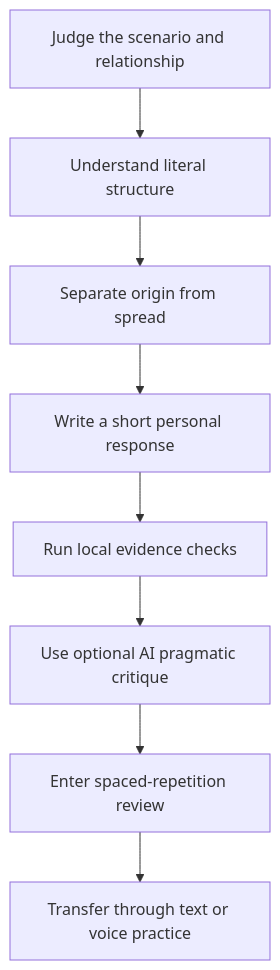
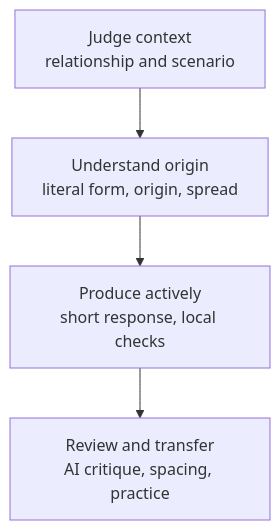
The first of 2 diagrams in README.en.md (AIALRA-0/saylo), drawn with Mermaid before and after one commit. The commit also changed other lines of this file and 2 other files, not shown here.

````diff
--- a/README.en.md
+++ b/README.en.md
@@ -83,11 +104,7 @@
 ```mermaid
 %% Start with scenario judgment and show how learning evidence reaches review and transfer
 flowchart TD
-    A[Judge the scenario and relationship] --> B[Understand literal structure]
-    B --> C[Separate origin from spread]
-    C --> D[Write a short personal response]
-    D --> E[Run local evidence checks]
-    E --> F[Use optional AI pragmatic critique]
-    F --> G[Enter spaced-repetition review]
-    G --> H[Transfer through text or voice practice]
+    A["Judge context<br/>relationship and scenario"] --> B["Understand origin<br/>literal form, origin, spread"]
+    B --> C["Produce actively<br/>short response, local checks"]
+    C --> D["Review and transfer<br/>AI critique, spacing, practice"]
 ```
````
